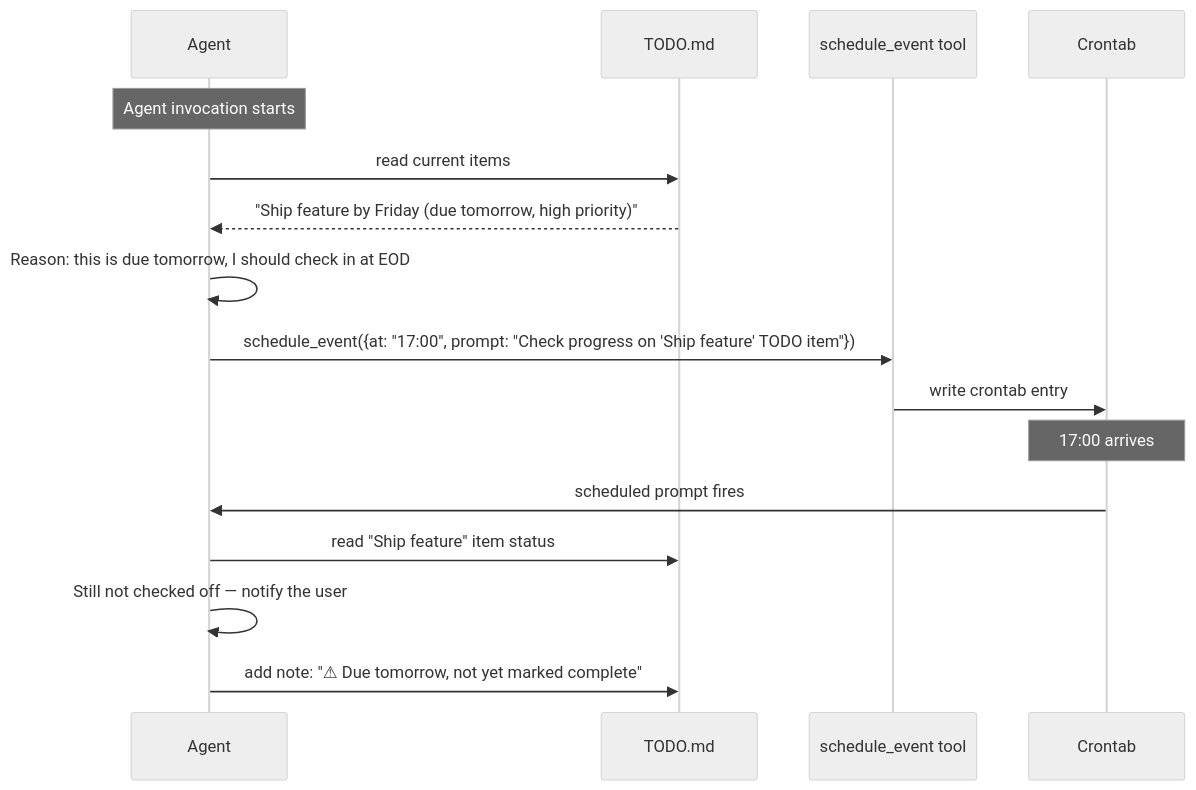
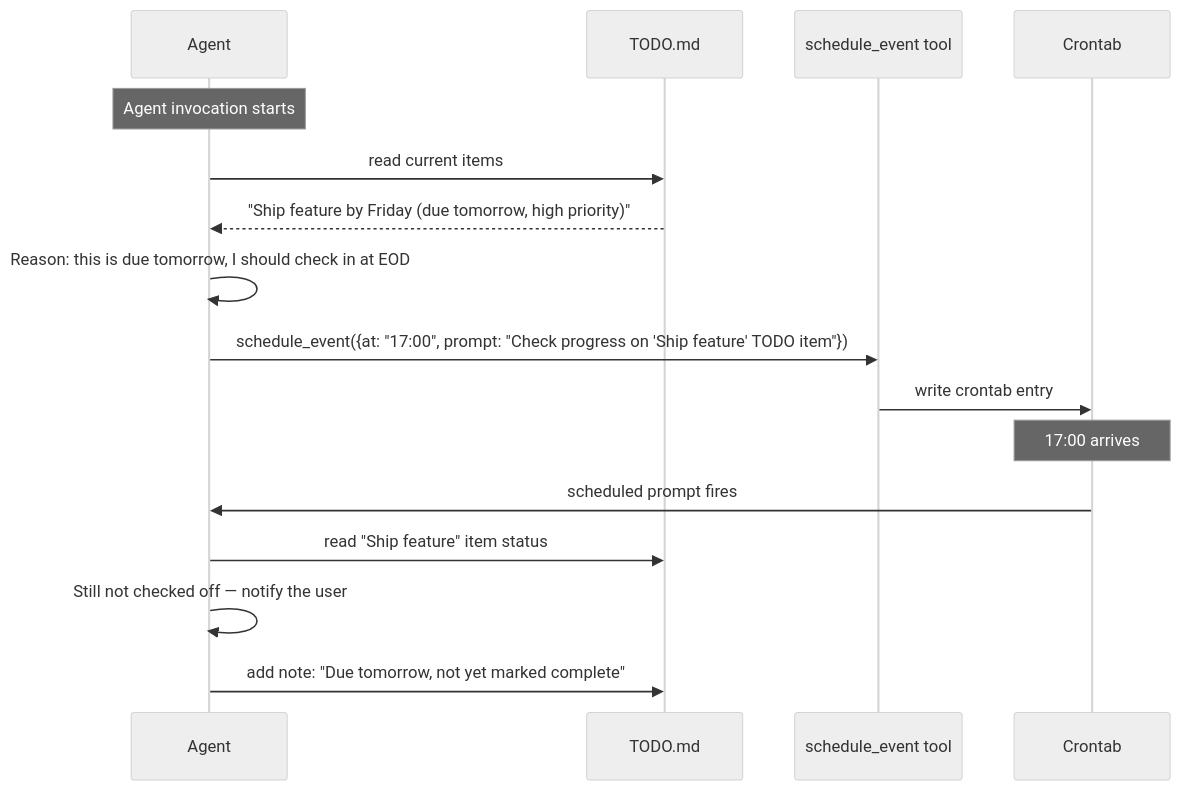
One commit to allofher/carson changed the second of 3 diagrams in BRAIN.md. Above: the diagram before and after it, drawn with Mermaid (neutral theme). The commit also changed other lines of this file and 17 other files, not shown here.

````diff
--- a/BRAIN.md
+++ b/BRAIN.md
@@ -175,21 +149,21 @@
 ```mermaid
 sequenceDiagram
     participant Agent
     participant TODO as TODO.md
     participant Sched as schedule_event tool
     participant Cron as Crontab
 
     Note over Agent: Agent invocation starts
     Agent->>TODO: read current items
     TODO-->>Agent: "Ship feature by Friday (due tomorrow, high priority)"
 
     Agent->>Agent: Reason: this is due tomorrow, I should check in at EOD
     Agent->>Sched: schedule_event({at: "17:00", prompt: "Check progress on 'Ship feature' TODO item"})
     Sched->>Cron: write crontab entry
 
     Note over Cron: 17:00 arrives
     Cron->>Agent: scheduled prompt fires
     Agent->>TODO: read "Ship feature" item status
     Agent->>Agent: Still not checked off — notify the user
-    Agent->>TODO: add note: "⚠ Due tomorrow, not yet marked complete"
+    Agent->>TODO: add note: "Due tomorrow, not yet marked complete"
 ```
````
